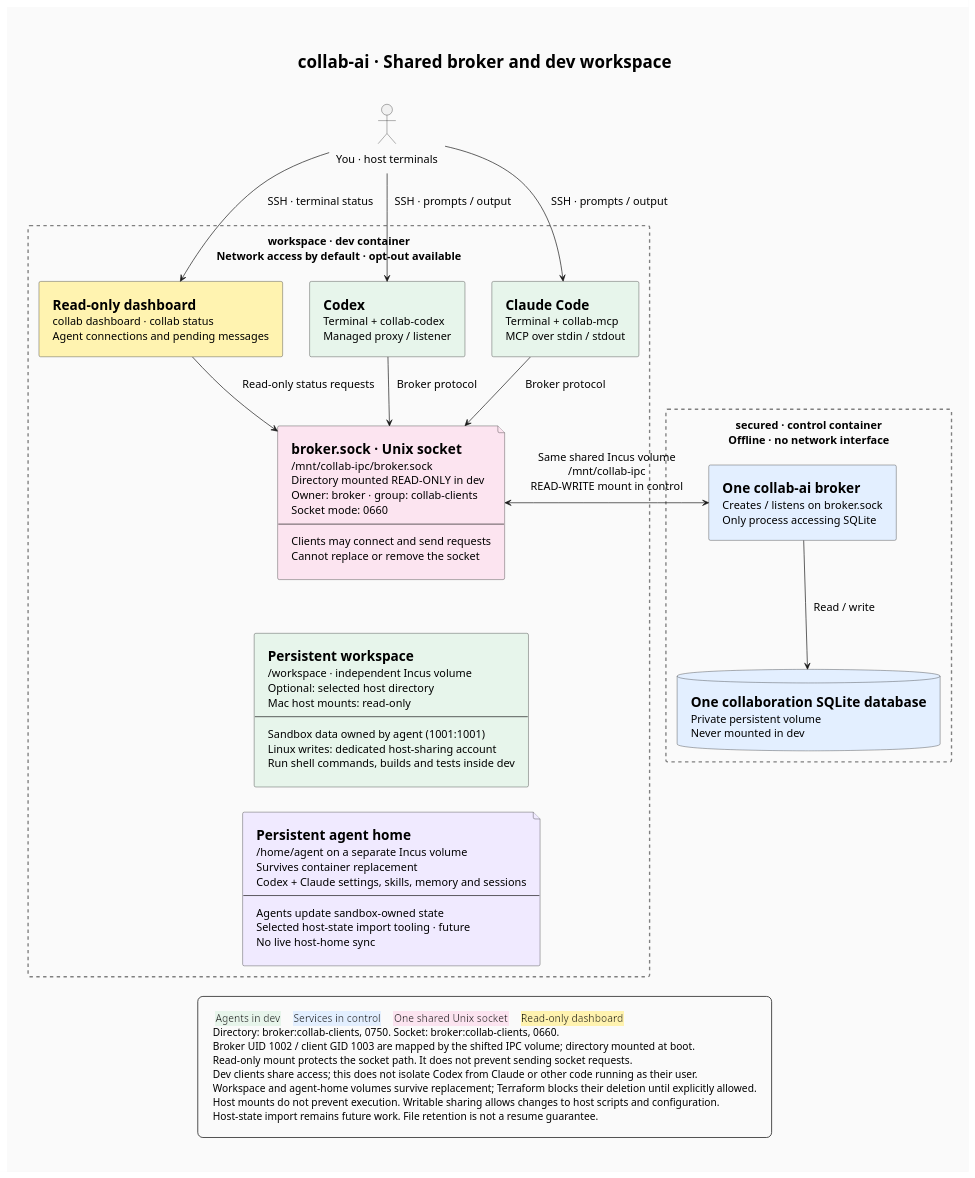
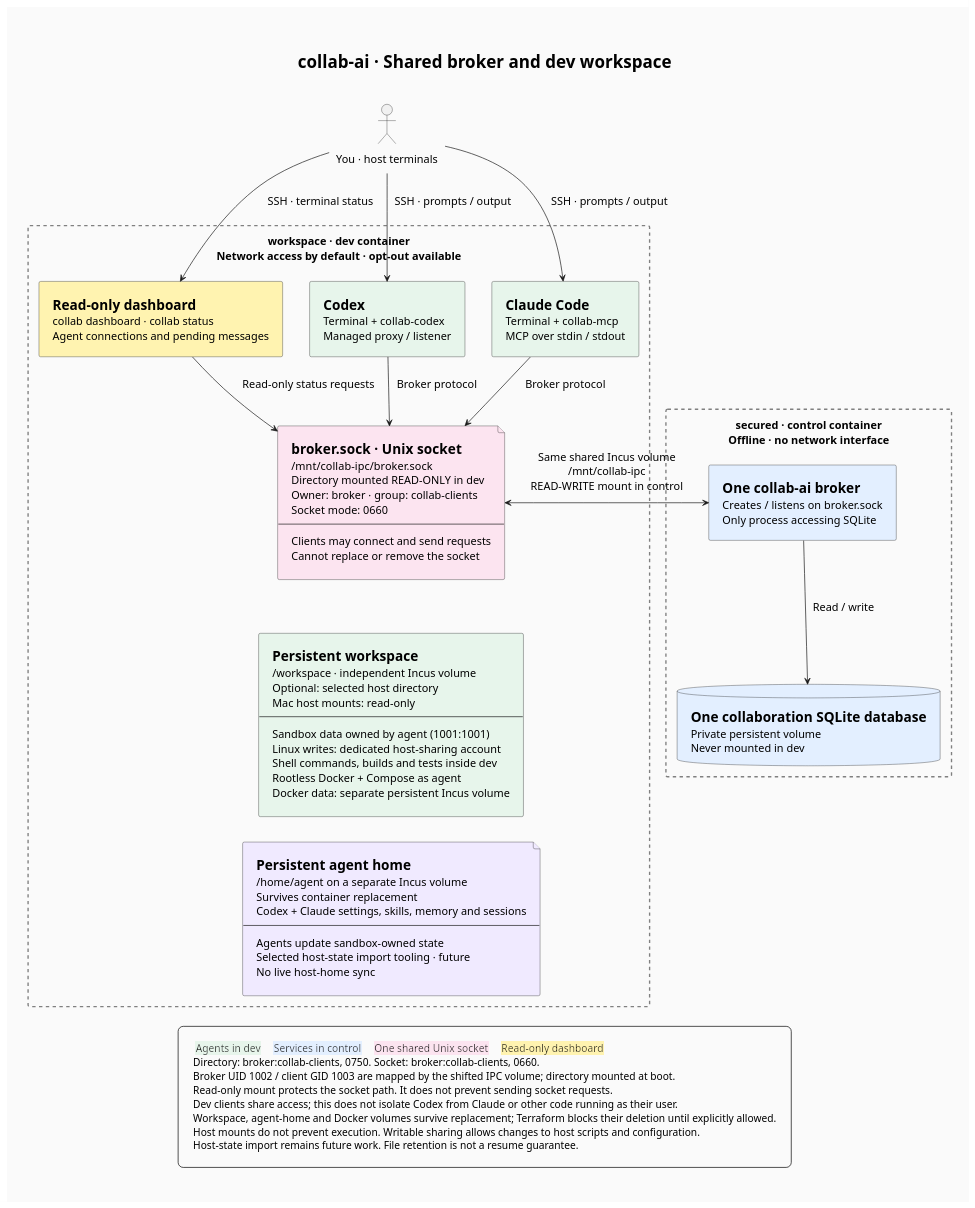
The diagram in docs/assets/architecture.puml (makarski/collab-ai), drawn with PlantUML before and after one commit. The commit also changed 26 other files, not shown here.

Commit message:
feat: run rootless Docker and Compose inside workspace

```diff
--- a/docs/assets/architecture.puml
+++ b/docs/assets/architecture.puml
@@ -1,92 +1,92 @@
 @startuml architecture
 ' Render from the repository root:
 ' plantuml -tsvg -nometadata docs/assets/architecture.puml
 
 title collab-ai · Shared broker and dev workspace
 
 <style>
 title {
     FontSize 25
 }
 document {
     Margin 24
     BackgroundColor #fafafa
 }
 rectangle {
     LineStyle 5
     LineColor #grey
     LineThickness 2
 }
 .HumanControl {
     BackgroundColor #fff3b0
 }
 .Control {
     BackgroundColor #e3efff
 }
 .Dev {
     BackgroundColor #e7f5eb
 }
 .Socket {
     BackgroundColor #fce4f0
 }
 .Storage {
     BackgroundColor #f0eaff
 }
 legend {
     FontSize 15
     Padding 12
 }
 </style>
 
 hide stereotype
 skinparam {
     backgroundColor #fafafa
     shadowing false
     componentStyle rectangle
     defaultFontSize 16
     padding 10
     nodesep 40
     ranksep 35
 }
 
 actor "You · host terminals" as Human
 
 rectangle "workspace · dev container\nNetwork access by default · opt-out available" as Dev {
     component "=Read-only dashboard\ncollab dashboard · collab status\nAgent connections and pending messages" as Dashboard <<HumanControl>>
     component "=Codex\nTerminal + collab-codex\nManaged proxy / listener" as Codex <<Dev>>
     component "=Claude Code\nTerminal + collab-mcp\nMCP over stdin / stdout" as Claude <<Dev>>
-    component "=Persistent workspace\n/workspace · independent Incus volume\nOptional: selected host directory\nMac host mounts: read-only\n--\nSandbox data owned by agent (1001:1001)\nLinux writes: dedicated host-sharing account\nRun shell commands, builds and tests inside dev" as Project <<Dev>>
+    component "=Persistent workspace\n/workspace · independent Incus volume\nOptional: selected host directory\nMac host mounts: read-only\n--\nSandbox data owned by agent (1001:1001)\nLinux writes: dedicated host-sharing account\nShell commands, builds and tests inside dev\nRootless Docker + Compose as agent\nDocker data: separate persistent Incus volume" as Project <<Dev>>
     file "=Persistent agent home\n/home/agent on a separate Incus volume\nSurvives container replacement\nCodex + Claude settings, skills, memory and sessions\n--\nAgents update sandbox-owned state\nSelected host-state import tooling · future\nNo live host-home sync" as AgentHome <<Storage>>
     file "=broker.sock · Unix socket\n/mnt/collab-ipc/broker.sock\nDirectory mounted READ-ONLY in dev\nOwner: broker · group: collab-clients\nSocket mode: 0660\n--\nClients may connect and send requests\nCannot replace or remove the socket" as Socket <<Socket>>
 }
 
 rectangle "secured · control container\nOffline · no network interface" as Control {
     component "=One collab-ai broker\nCreates / listens on broker.sock\nOnly process accessing SQLite" as Broker <<Control>>
     database "=One collaboration SQLite database\nPrivate persistent volume\nNever mounted in dev" as DB <<Control>>
 }
 
 Human -down-> Codex : SSH · prompts / output
 Human -down-> Claude : SSH · prompts / output
 Human -down-> Dashboard : SSH · terminal status
 
 Codex -down-> Socket : Broker protocol
 Claude -down-> Socket : Broker protocol
 Socket -[hidden]down-> Project
 Project -[hidden]down-> AgentHome
 
 Dashboard -down-> Socket : Read-only status requests
 Broker <-left-> Socket : Same shared Incus volume\n/mnt/collab-ipc\nREAD-WRITE mount in control
 Broker -down-> DB : Read / write
 
 legend bottom
     <back:#e7f5eb> Agents in dev </back>   <back:#e3efff> Services in control </back>   <back:#fce4f0> One shared Unix socket </back>   <back:#fff3b0> Read-only dashboard </back>
     Directory: broker:collab-clients, 0750. Socket: broker:collab-clients, 0660.
     Broker UID 1002 / client GID 1003 are mapped by the shifted IPC volume; directory mounted at boot.
     Read-only mount protects the socket path. It does not prevent sending socket requests.
     Dev clients share access; this does not isolate Codex from Claude or other code running as their user.
-    Workspace and agent-home volumes survive replacement; Terraform blocks their deletion until explicitly allowed.
+    Workspace, agent-home and Docker volumes survive replacement; Terraform blocks their deletion until explicitly allowed.
     Host mounts do not prevent execution. Writable sharing allows changes to host scripts and configuration.
     Host-state import remains future work. File retention is not a resume guarantee.
 endlegend
 
 @enduml
```
